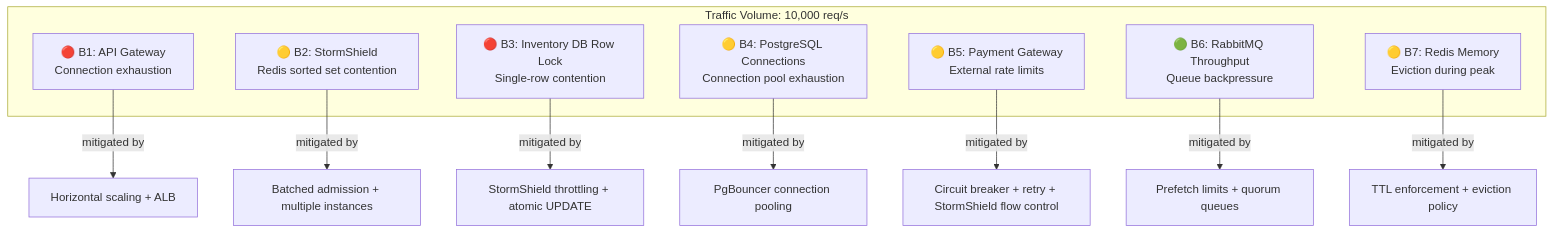
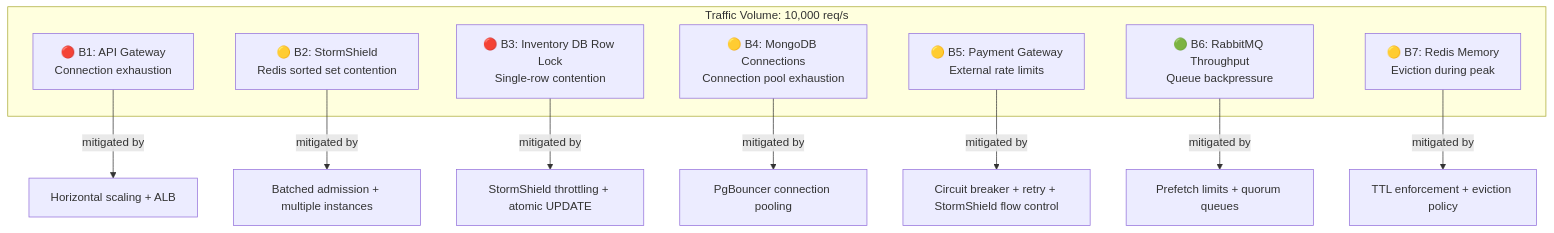
The diagram in 02_HLD/07_BOTTLENECK_ANALYSIS.md (DharunKumar-K/sd), drawn with Mermaid before and after one commit. The commit also changed other lines of this file and 40 other files, not shown here.

Commit message:
chore: migrate architecture documentation from PostgreSQL to MongoDB as per ADR-MONGODB-001

````diff
--- a/02_HLD/07_BOTTLENECK_ANALYSIS.md
+++ b/02_HLD/07_BOTTLENECK_ANALYSIS.md
@@ -15,20 +15,20 @@
 ```mermaid
 graph TD
     subgraph "Traffic Volume: 10,000 req/s"
         B1["🔴 B1: API Gateway<br/>Connection exhaustion"]
         B2["🟡 B2: StormShield<br/>Redis sorted set contention"]
         B3["🔴 B3: Inventory DB Row Lock<br/>Single-row contention"]
-        B4["🟡 B4: PostgreSQL Connections<br/>Connection pool exhaustion"]
+        B4["🟡 B4: MongoDB Connections<br/>Connection pool exhaustion"]
         B5["🟡 B5: Payment Gateway<br/>External rate limits"]
         B6["🟢 B6: RabbitMQ Throughput<br/>Queue backpressure"]
         B7["🟡 B7: Redis Memory<br/>Eviction during peak"]
     end
 
     B1 -->|"mitigated by"| M1["Horizontal scaling + ALB"]
     B2 -->|"mitigated by"| M2["Batched admission + multiple instances"]
     B3 -->|"mitigated by"| M3["StormShield throttling + atomic UPDATE"]
     B4 -->|"mitigated by"| M4["PgBouncer connection pooling"]
     B5 -->|"mitigated by"| M5["Circuit breaker + retry + StormShield flow control"]
     B6 -->|"mitigated by"| M6["Prefetch limits + quorum queues"]
     B7 -->|"mitigated by"| M7["TTL enforcement + eviction policy"]
 ```
````
